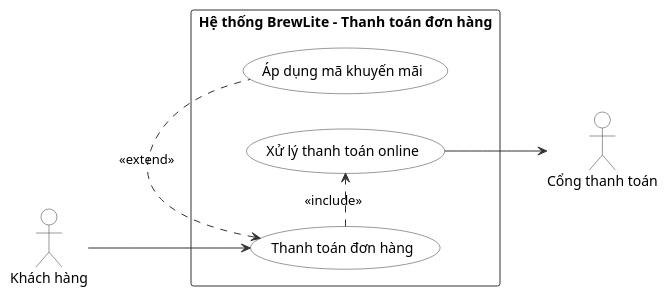
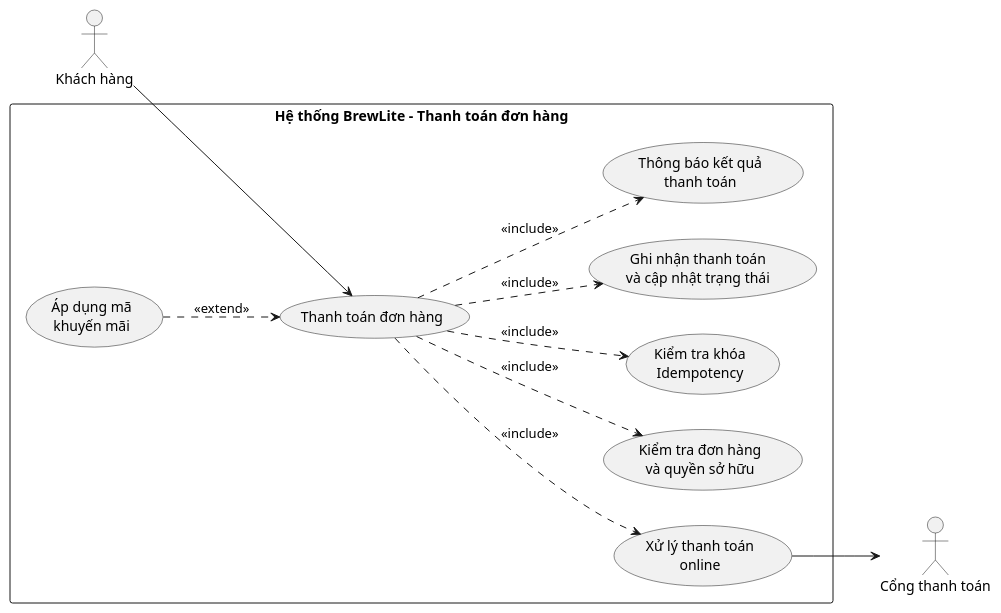
The diagram in docs/requirements/use-case-checkout.puml (minhhhao12/brewlite), drawn with PlantUML before and after one commit. The commit also changed 3 other files, not shown here.

Commit message:
docs(requirements): Sửa lại sơ đồ Use case trọng tâm: Thanh toán đơn hàng

```diff
--- a/docs/requirements/use-case-checkout.puml
+++ b/docs/requirements/use-case-checkout.puml
@@ -1,40 +1,36 @@
 @startuml
-skinparam handwritten false
-skinparam monochrome false
-skinparam packageStyle rectangle
-skinparam shadowing false
-skinparam defaultFontName sans-serif
+left to right direction
 
-skinparam rectangle {
-    BackgroundColor #FFFFFF
-    BorderColor #333333
-}
-
-skinparam usecase {
-    BackgroundColor #FFFFFF
-    BorderColor #333333
-    ArrowColor #333333
-}
-
-skinparam actor {
-    BackgroundColor #FFFFFF
-    BorderColor #333333
-}
-
-left to right direction
 
 actor "Khách hàng" as Customer
 actor "Cổng thanh toán" as PaymentGateway
 
-rectangle "Hệ thống BrewLite – Thanh toán đơn hàng" {
-  usecase "Thanh toán đơn hàng" as UC_Pay
-  usecase "Áp dụng mã khuyến mãi" as UC_Promo
-  usecase "Xử lý thanh toán online" as UC_OnlinePay
+rectangle "Hệ thống BrewLite - Thanh toán đơn hàng" {
+
+    usecase "Thanh toán đơn hàng" as UC9
+
+    usecase "Áp dụng mã\nkhuyến mãi" as UCPromo
+
+    usecase "Xử lý thanh toán\nonline" as UCOnline
+
+    usecase "Kiểm tra đơn hàng\nvà quyền sở hữu" as UCValidate
+
+    usecase "Kiểm tra khóa\nIdempotency" as UCIdempotency
+
+    usecase "Ghi nhận thanh toán\nvà cập nhật trạng thái" as UCRecord
+
+    usecase "Thông báo kết quả\nthanh toán" as UCResult
 }
 
-Customer --> UC_Pay
-UC_Promo .left.> UC_Pay : <<extend>>
-UC_Pay .right.> UC_OnlinePay : <<include>>
-UC_OnlinePay --> PaymentGateway
+Customer --> UC9
 
+UCPromo ..> UC9 : <<extend>>
+
+UC9 ..> UCValidate : <<include>>
+UC9 ..> UCIdempotency : <<include>>
+UC9 ..> UCOnline : <<include>>
+UC9 ..> UCRecord : <<include>>
+UC9 ..> UCResult : <<include>>
+
+UCOnline --> PaymentGateway
 @enduml
```
